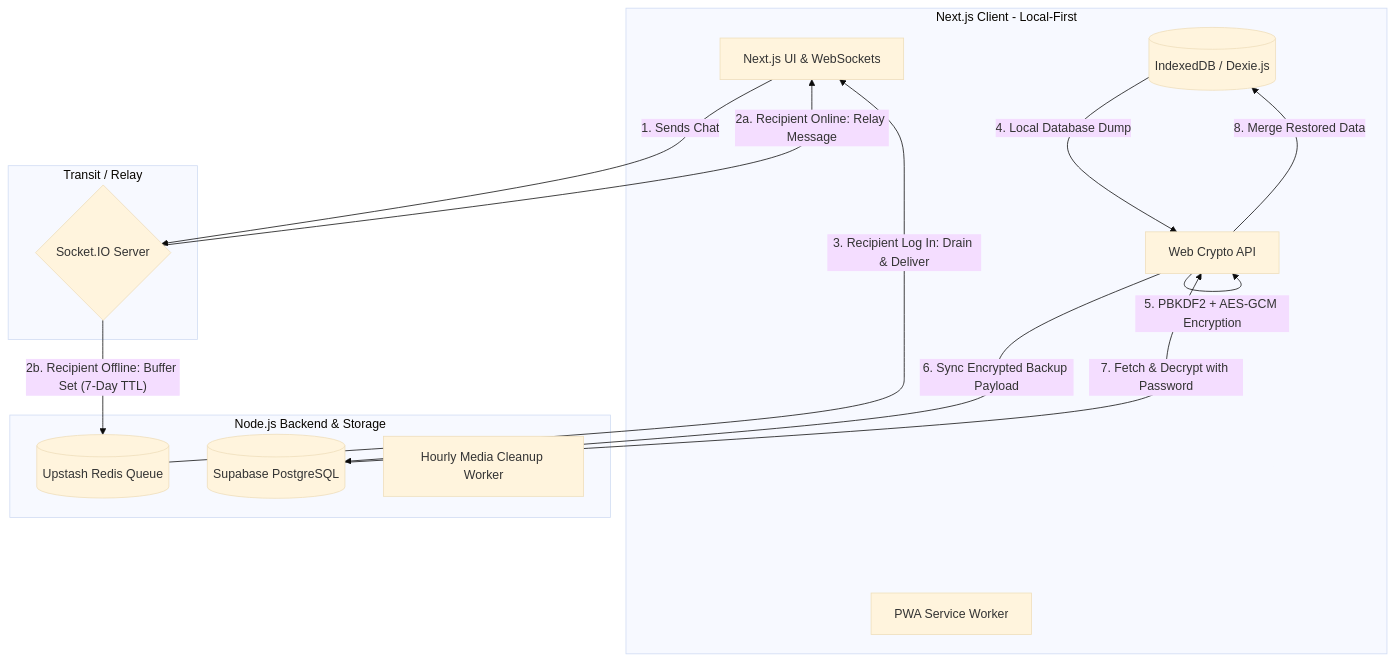
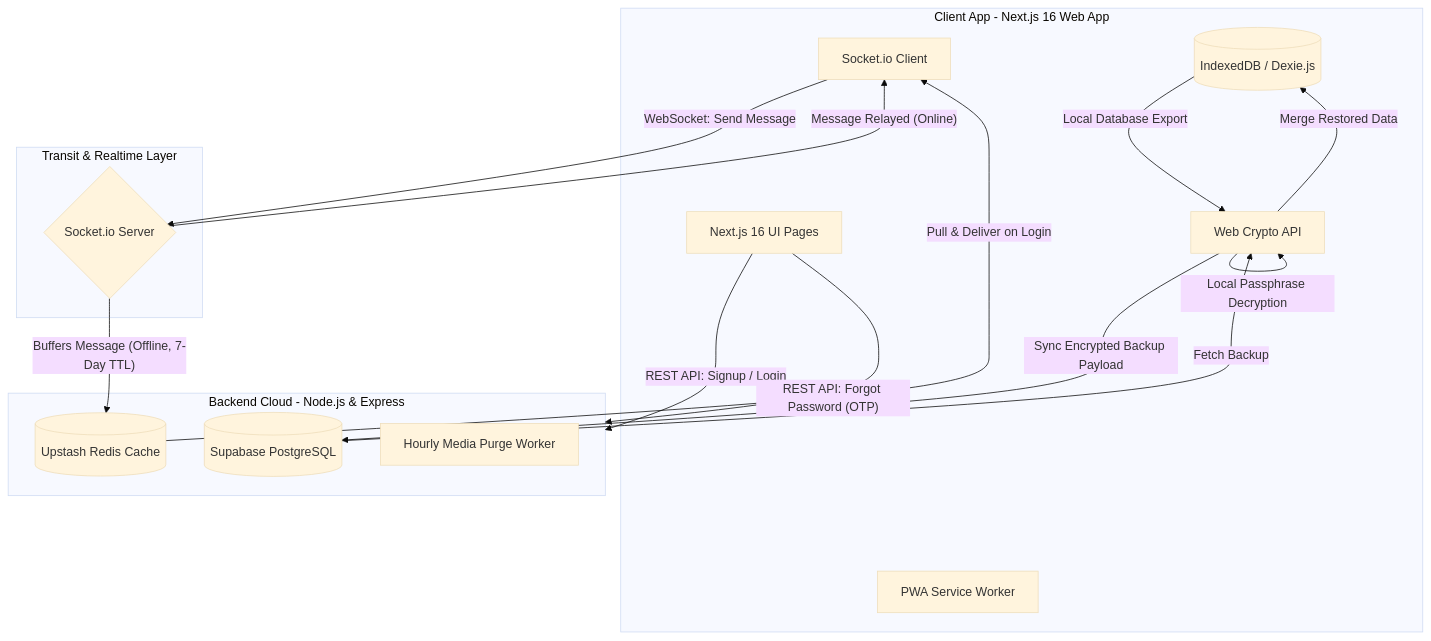
Before and after one commit to ShortEditor/Chapp: the diagram in README.md, drawn with Mermaid (base theme). The commit also changed other lines of this file and 2 other files, not shown here.

````diff
--- a/README.md
+++ b/README.md
@@ -11,30 +14,34 @@
 ```mermaid
 flowchart TD
-    subgraph Client App [Next.js Client - Local-First]
+    subgraph Client [Client App - Next.js 16 Web App]
         A[(IndexedDB / Dexie.js)]
         B[Web Crypto API]
         C[PWA Service Worker]
-        D[Next.js UI & WebSockets]
+        D[Socket.io Client]
+        M[Next.js 16 UI Pages]
     end
 
-    subgraph Transport [Transit / Relay]
-        E{Socket.IO Server}
+    subgraph Relaying [Transit & Realtime Layer]
+        E{Socket.io Server}
     end
 
-    subgraph Server Cloud [Node.js Backend & Storage]
-        F[(Upstash Redis Queue)]
+    subgraph Server [Backend Cloud - Node.js & Express]
+        F[(Upstash Redis Cache)]
         G[(Supabase PostgreSQL)]
-        H[Hourly Media Cleanup Worker]
+        H[Hourly Media Purge Worker]
     end
 
-    D -- 1. Sends Chat --> E
-    E -- 2a. Recipient Online: Relay Message --> D
-    E -- 2b. Recipient Offline: Buffer Set (7-Day TTL) --> F
-    F -- 3. Recipient Log In: Drain & Deliver --> D
+    M -- REST API: Signup / Login --> Server
+    M -- REST API: Forgot Password (OTP) --> Server
+    D -- WebSocket: Send Message --> E
+    E -- Message Relayed (Online) --> D
+    E -- Buffers Message (Offline, 7-Day TTL) --> F
+    F -- Pull & Deliver on Login --> D
     
-    A -- 4. Local Database Dump --> B
-    B -- 5. PBKDF2 + AES-GCM Encryption --> B
-    B -- 6. Sync Encrypted Backup Payload --> G
-    G -- 7. Fetch & Decrypt with Password --> B
-    B -- 8. Merge Restored Data --> A
+    A -- Local Database Export --> B
+    B -- PBKDF2 + AES-GCM Encryption --> B
+    B -- Sync Encrypted Backup Payload --> G
+    G -- Fetch Backup --> B
+    B -- Local Passphrase Decryption --> B
+    B -- Merge Restored Data --> A
 ```
````
